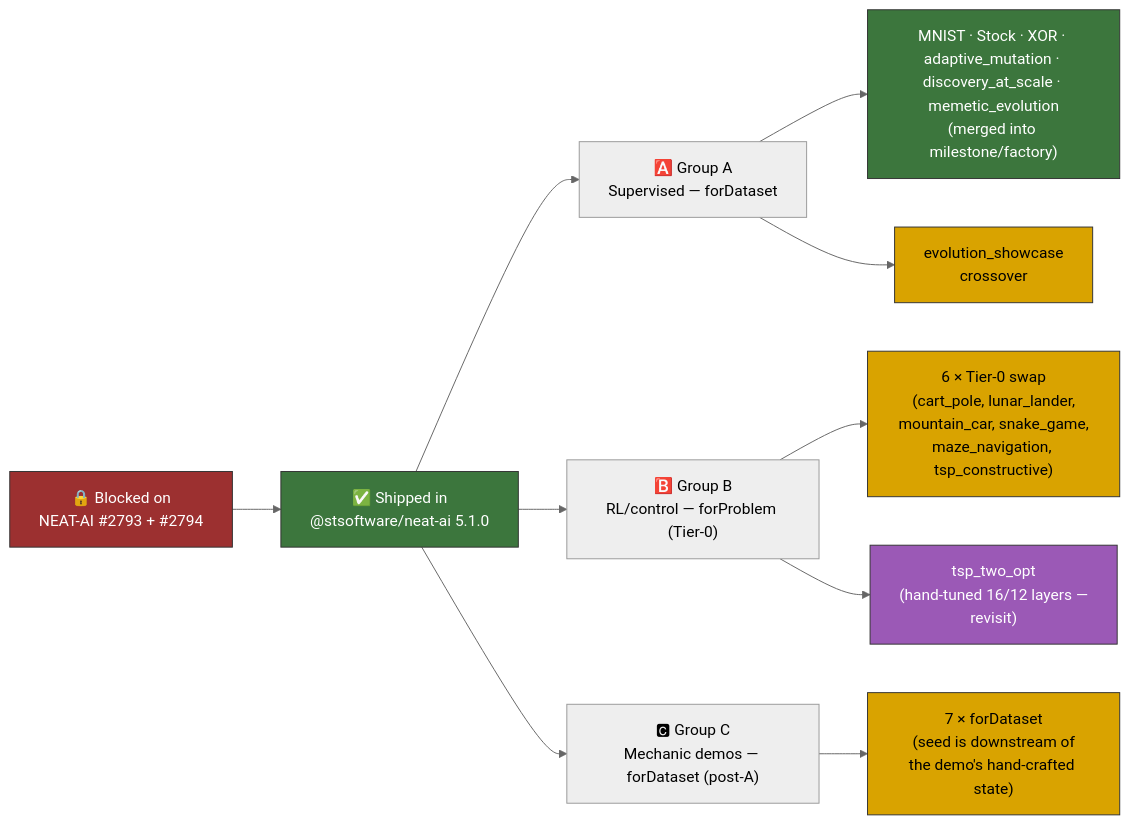
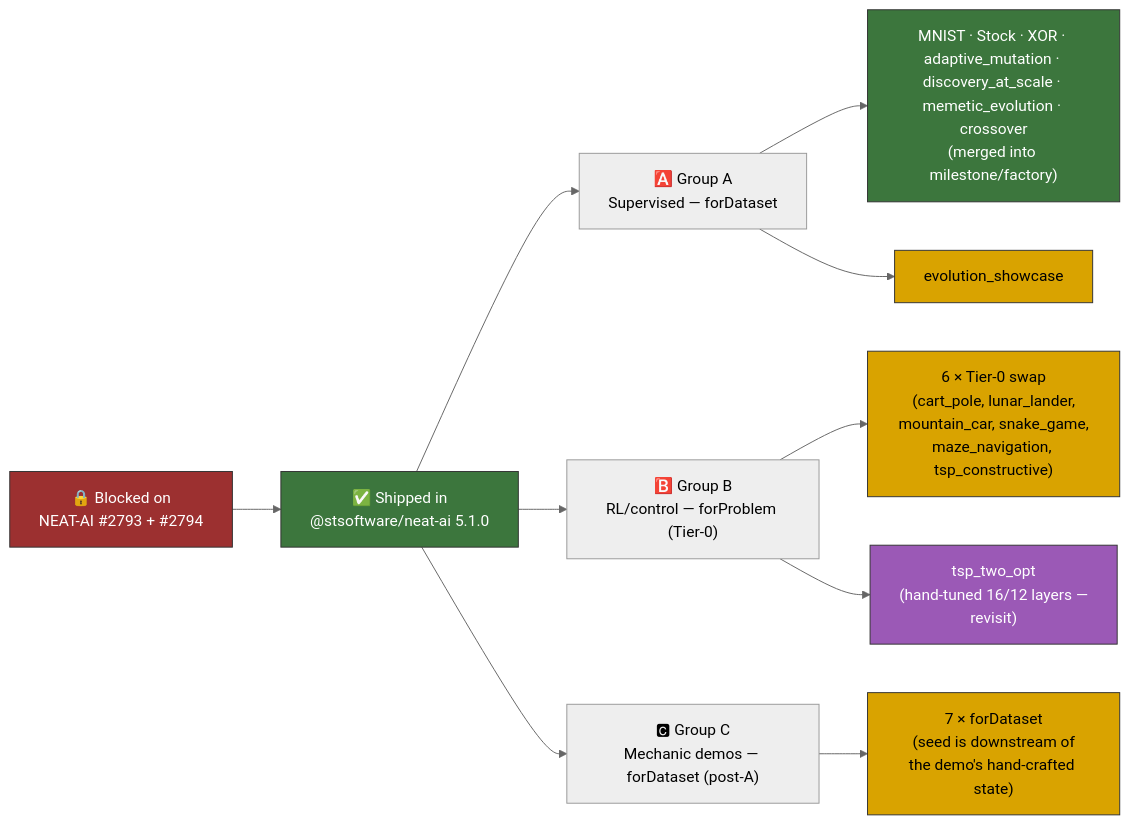
The diagram in docs/factory_adoption.md (stSoftwareAU/NEAT-AI-Examples), drawn with Mermaid (neutral theme) before and after one commit. The commit also changed other lines of this file and 6 other files, not shown here.

````diff
--- a/docs/factory_adoption.md
+++ b/docs/factory_adoption.md
@@ -107,23 +107,23 @@
 ```mermaid
 flowchart LR
     BLOCK["🔒 Blocked on<br/>NEAT-AI #2793 + #2794"] --> SHIP["✅ Shipped in<br/>@stsoftware/neat-ai 5.1.0"]
     SHIP --> A["🅰️ Group A<br/>Supervised — forDataset"]
     SHIP --> B["🅱️ Group B<br/>RL/control — forProblem (Tier-0)"]
     SHIP --> C["🅲 Group C<br/>Mechanic demos — forDataset (post-A)"]
 
-    A --> A_DONE["MNIST · Stock · XOR · adaptive_mutation · discovery_at_scale · memetic_evolution<br/>(merged into milestone/factory)"]
-    A --> A_TODO["evolution_showcase<br/>crossover"]
+    A --> A_DONE["MNIST · Stock · XOR · adaptive_mutation · discovery_at_scale · memetic_evolution · crossover<br/>(merged into milestone/factory)"]
+    A --> A_TODO["evolution_showcase"]
 
     B --> B_TIER0["6 × Tier-0 swap<br/>(cart_pole, lunar_lander,<br/>mountain_car, snake_game,<br/>maze_navigation, tsp_constructive)"]
     B --> B_DEFER["tsp_two_opt<br/>(hand-tuned 16/12 layers —<br/>revisit)"]
 
     C --> C_FORDATASET["7 × forDataset<br/>(seed is downstream of<br/>the demo's hand-crafted state)"]
 
     style BLOCK fill:#9c3030,stroke:#333,color:#fff
     style SHIP fill:#3c763d,stroke:#333,color:#fff
     style A_DONE fill:#3c763d,stroke:#333,color:#fff
     style A_TODO fill:#d9a300,stroke:#333,color:#000
     style B_TIER0 fill:#d9a300,stroke:#333,color:#000
     style B_DEFER fill:#9b59b6,stroke:#333,color:#fff
     style C_FORDATASET fill:#d9a300,stroke:#333,color:#000
 ```
````
